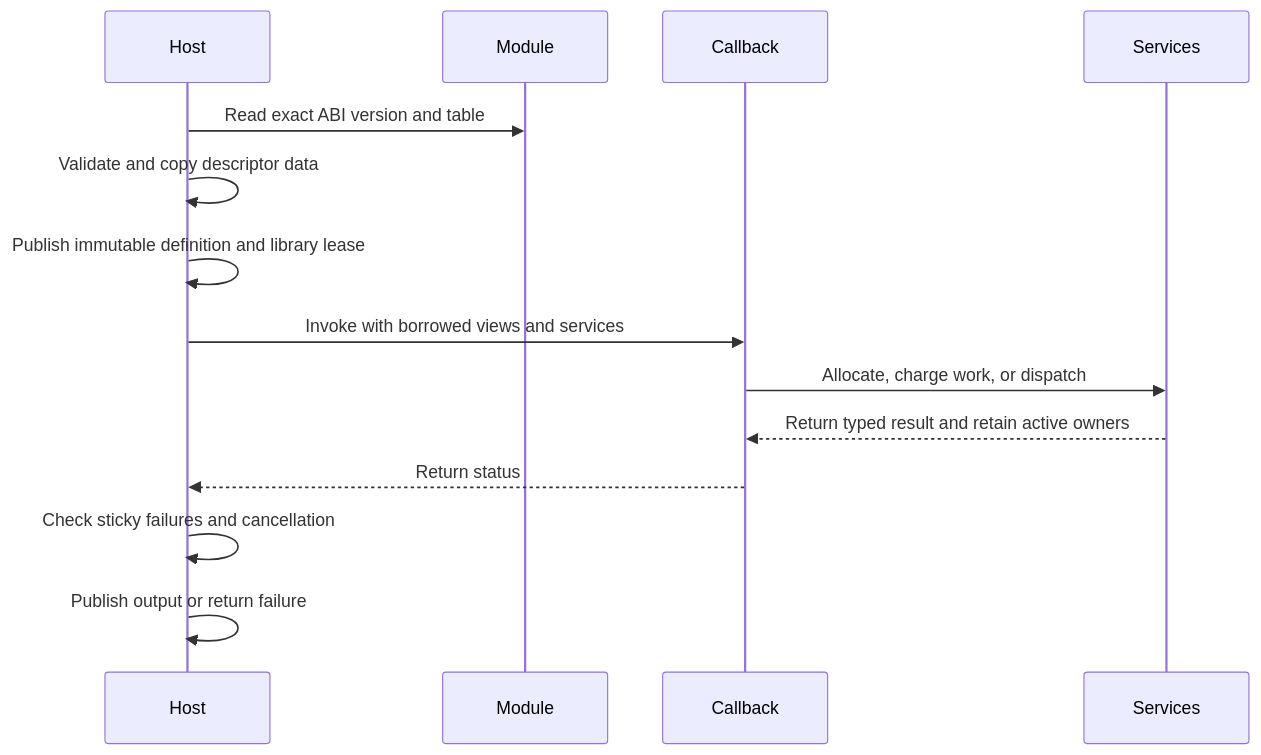
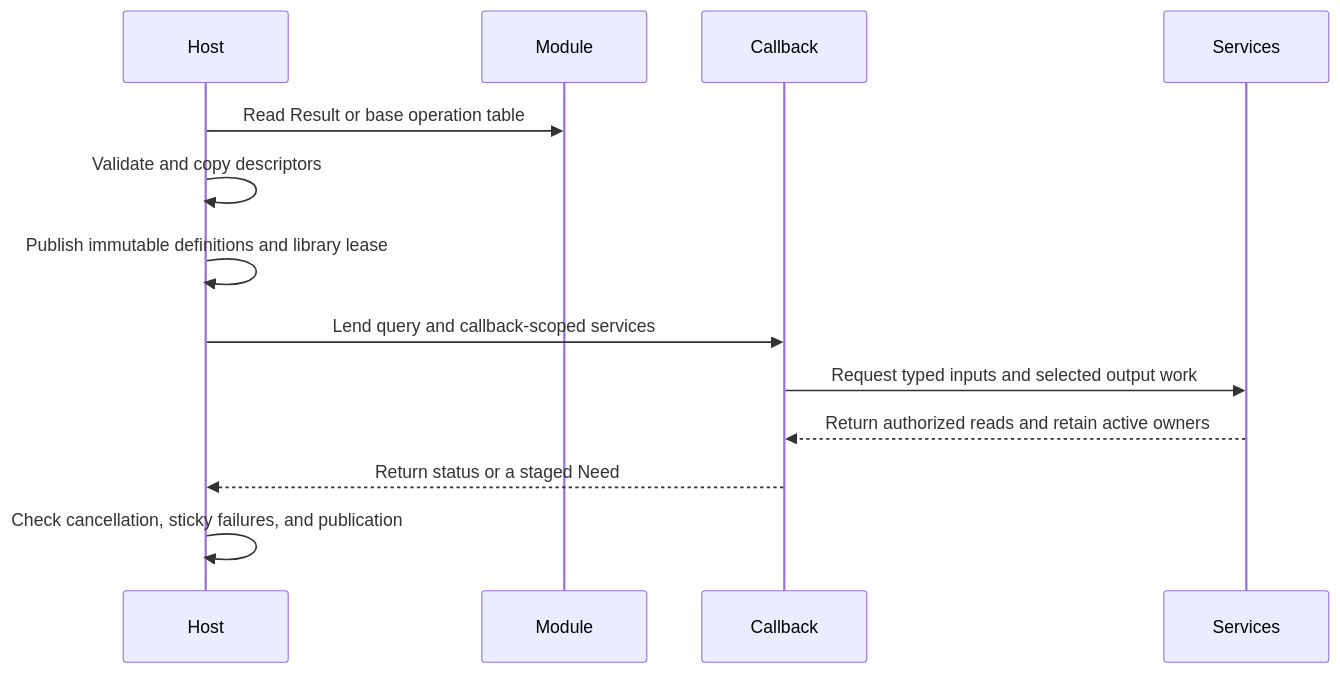
Before and after one commit to kevin-zf1123/photospider: the diagram in docs/kernel-architecture/Plugin-ABI.md, drawn with Mermaid. The commit also changed other lines of this file and 88 other files, not shown here.

````diff
--- a/docs/kernel-architecture/Plugin-ABI.md
+++ b/docs/kernel-architecture/Plugin-ABI.md
@@ -9,16 +9,15 @@
 ```mermaid
 sequenceDiagram
     participant Host
     participant Module
     participant Callback
     participant Services
-    Host->>Module: Read exact ABI version and table
-    Host->>Host: Validate and copy descriptor data
-    Host->>Host: Publish immutable definition and library lease
-    Host->>Callback: Invoke with borrowed views and services
-    Callback->>Services: Allocate, charge work, or dispatch
-    Services-->>Callback: Return typed result and retain active owners
-    Callback-->>Host: Return status
-    Host->>Host: Check sticky failures and cancellation
-    Host->>Host: Publish output or return failure
+    Host->>Module: Read Result or base operation table
+    Host->>Host: Validate and copy descriptors
+    Host->>Host: Publish immutable definitions and library lease
+    Host->>Callback: Lend query and callback-scoped services
+    Callback->>Services: Request typed inputs and selected output work
+    Services-->>Callback: Return authorized reads and retain active owners
+    Callback-->>Host: Return status or a staged Need
+    Host->>Host: Check cancellation, sticky failures, and publication
 ```
````
